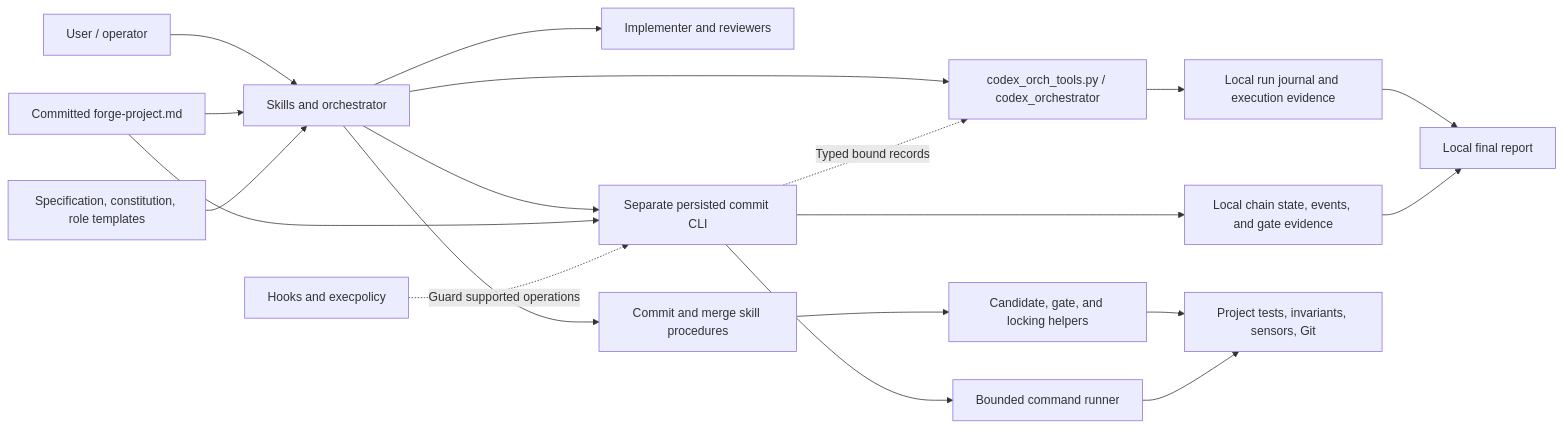
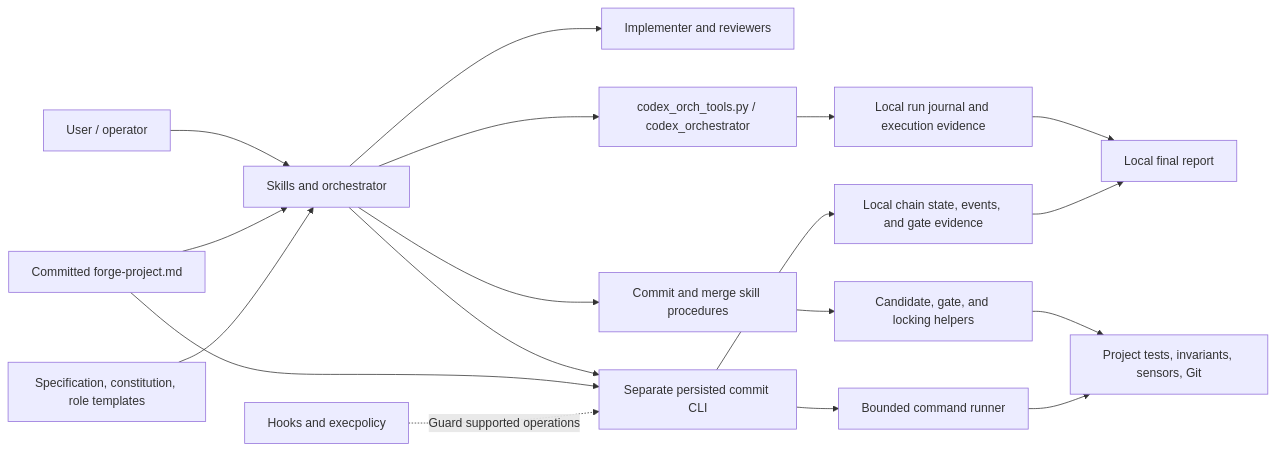
Before and after one commit to nixlim/forge-plugin: the second of 6 diagrams in OPERATIONS.md, drawn with Mermaid. The commit also changed other lines of this file and 112 other files, not shown here.

````diff
--- a/OPERATIONS.md
+++ b/OPERATIONS.md
@@ -73,21 +72,20 @@
 ```mermaid
 flowchart LR
     User["User / operator"] --> Skills["Skills and orchestrator"]
     Policy["Committed forge-project.md"] --> Skills
     Rules["Specification, constitution, role templates"] --> Skills
     Skills --> Agents["Implementer and reviewers"]
     Skills --> Orch["codex_orch_tools.py / codex_orchestrator"]
     Skills --> CommitSkill["Commit and merge skill procedures"]
     Skills --> CLI["Separate persisted commit CLI"]
     Policy --> CLI
     Orch --> Run["Local run journal and execution evidence"]
     CLI --> Chain["Local chain state, events, and gate evidence"]
     CLI --> Runner["Bounded command runner"]
     CommitSkill --> Helpers["Candidate, gate, and locking helpers"]
     Helpers --> Checks
     Runner --> Checks["Project tests, invariants, sensors, Git"]
-    CLI -.->|"Typed bound records"| Orch
     Run --> Report["Local final report"]
     Chain --> Report
     Hooks["Hooks and execpolicy"] -.->|"Guard supported operations"| CLI
 ```
````
